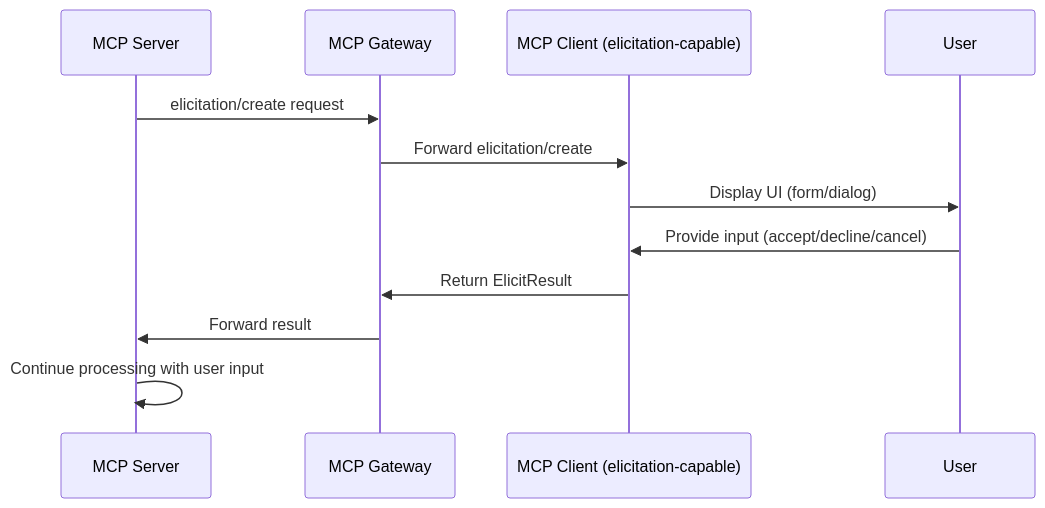
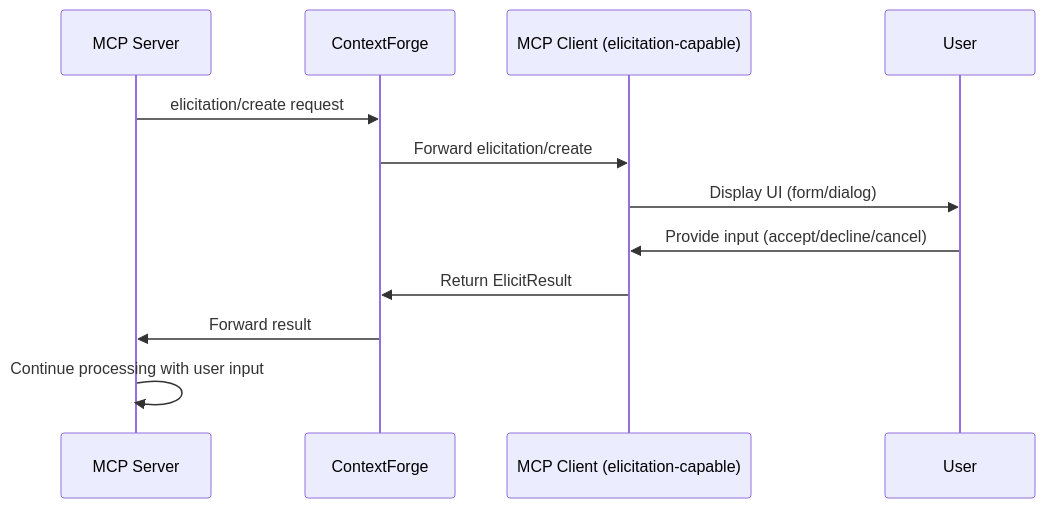
Before and after one commit to tedhabeck/mcp-context-forge: the diagram in docs/docs/architecture/adr/022-elicitation-passthrough-implementation.md, drawn with Mermaid. The commit also changed other lines of this file and 583 other files, not shown here.

First line of the commit message:
docs: rebrand to ContextForge AI Gateway (#3091)

````diff
--- a/docs/docs/architecture/adr/022-elicitation-passthrough-implementation.md
+++ b/docs/docs/architecture/adr/022-elicitation-passthrough-implementation.md
@@ -16,15 +16,15 @@
 ```mermaid
 sequenceDiagram
     participant Server as MCP Server
-    participant Gateway as MCP Gateway
+    participant Gateway as ContextForge
     participant Client as MCP Client (elicitation-capable)
     participant User
 
     Server->>Gateway: elicitation/create request
     Gateway->>Client: Forward elicitation/create
     Client->>User: Display UI (form/dialog)
     User->>Client: Provide input (accept/decline/cancel)
     Client->>Gateway: Return ElicitResult
     Gateway->>Server: Forward result
     Server->>Server: Continue processing with user input
 ```
````
